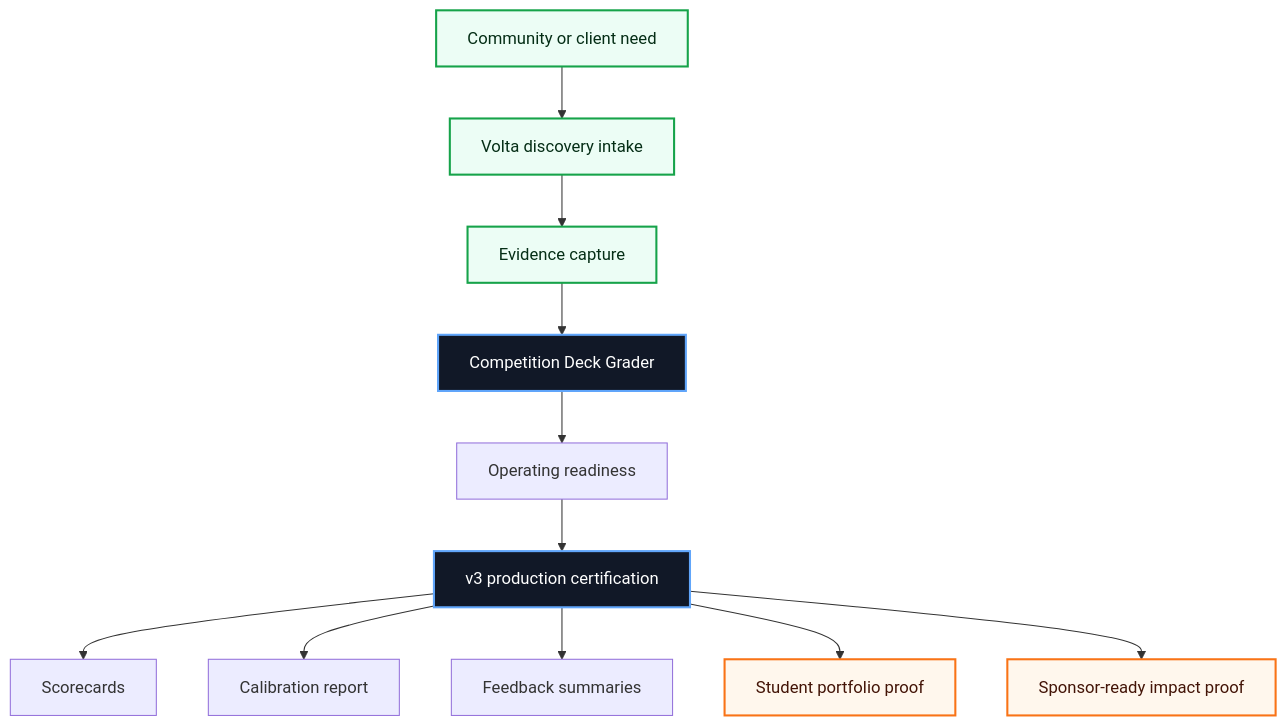
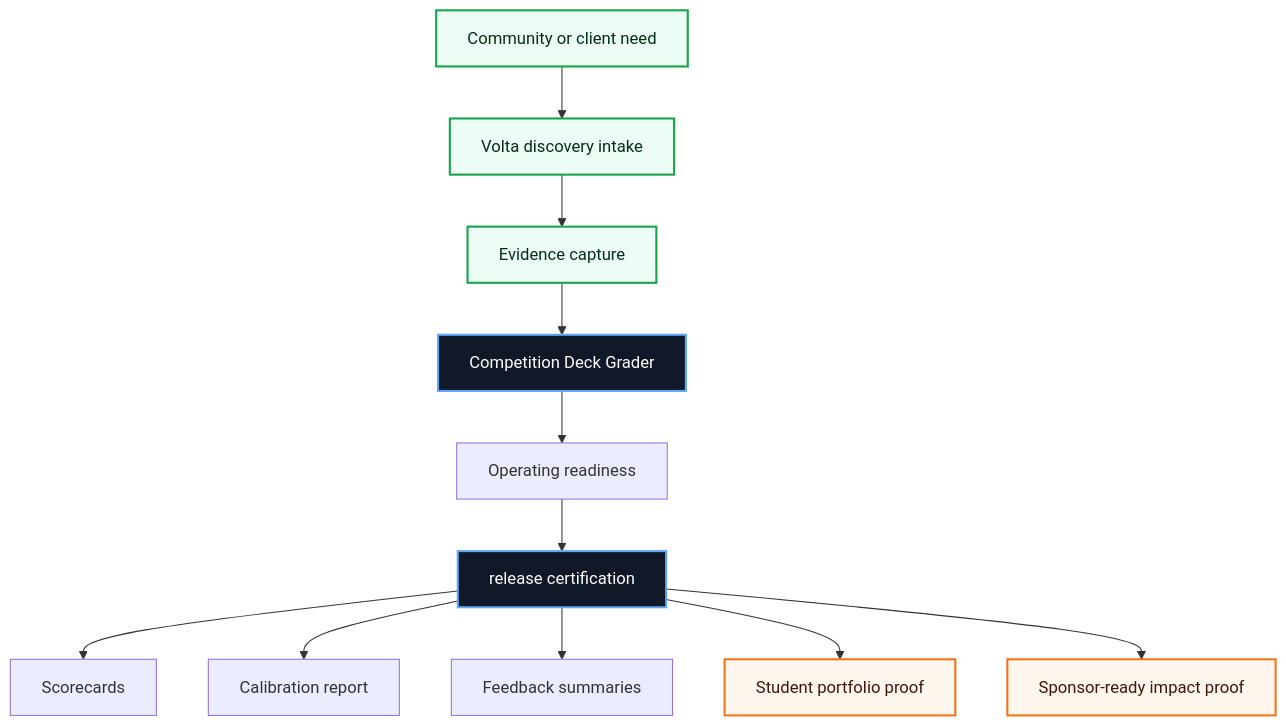
Before and after one commit to volta-npo/competition-deck-grader: the first of 3 diagrams in README.md, drawn with Mermaid. The commit also changed other lines of this file and 28 other files, not shown here.

````diff
--- a/README.md
+++ b/README.md
@@ -43,20 +43,20 @@
 ```mermaid
 flowchart TD
     Need["Community or client need"] --> Intake["Volta discovery intake"]
     Intake --> Evidence["Evidence capture"]
     Evidence --> Workbench["Competition Deck Grader"]
     Workbench --> Score["Operating readiness"]
-    Score --> Cert["v3 production certification"]
+    Score --> Cert["release certification"]
     Cert --> A1["Scorecards"]
     Cert --> A2["Calibration report"]
     Cert --> A3["Feedback summaries"]
     Cert --> Student["Student portfolio proof"]
     Cert --> Sponsor["Sponsor-ready impact proof"]
 
     classDef volta fill:#111827,stroke:#60a5fa,color:#ffffff,stroke-width:2px;
     classDef equity fill:#ecfdf5,stroke:#16a34a,color:#052e16,stroke-width:2px;
     classDef proof fill:#fff7ed,stroke:#f97316,color:#431407,stroke-width:2px;
     class Workbench,Cert volta;
     class Need,Intake,Evidence equity;
     class Student,Sponsor proof;
 ```
````
